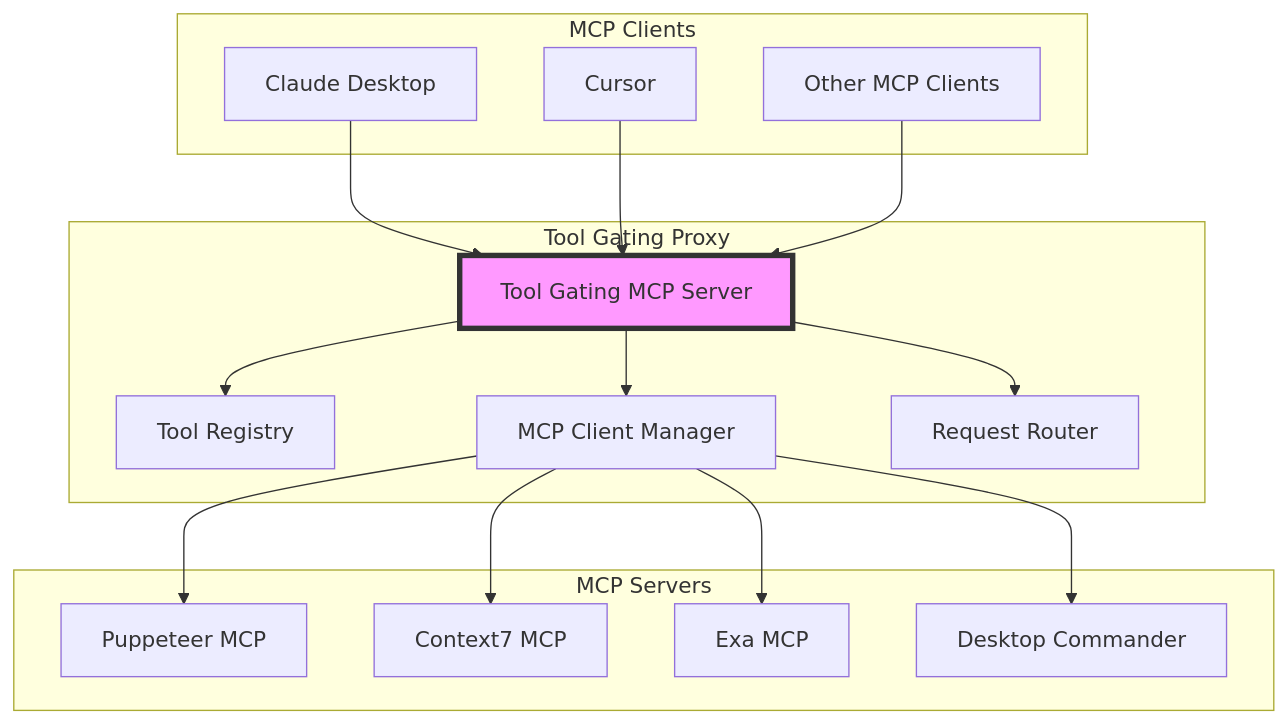
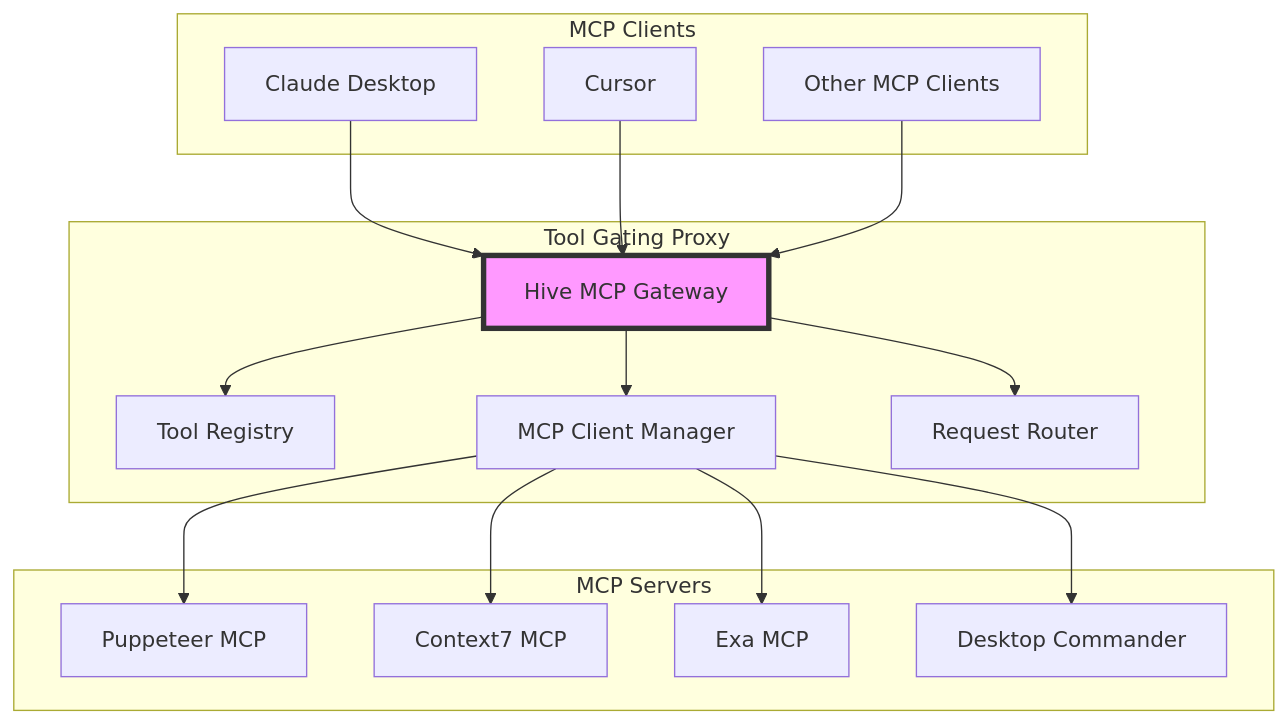
Before and after one commit to KHAEntertainment/hive-mcp-gateway: the diagram in docs/PROXY_ARCHITECTURE_PLAN.md, drawn with Mermaid. The commit also changed other lines of this file and 16 other files, not shown here.

````diff
--- a/docs/PROXY_ARCHITECTURE_PLAN.md
+++ b/docs/PROXY_ARCHITECTURE_PLAN.md
@@ -38,37 +38,37 @@
 ```mermaid
 graph TB
     subgraph "MCP Clients"
         A[Claude Desktop]
         B[Cursor]
         C[Other MCP Clients]
     end
     
     subgraph "Tool Gating Proxy"
-        D[Tool Gating MCP Server]
+        D[Hive MCP Gateway]
         E[Tool Registry]
         F[MCP Client Manager]
         G[Request Router]
     end
     
     subgraph "MCP Servers"
         H[Puppeteer MCP]
         I[Context7 MCP]
         J[Exa MCP]
         K[Desktop Commander]
     end
     
     A --> D
     B --> D
     C --> D
     
     D --> E
     D --> F
     D --> G
     
     F --> H
     F --> I
     F --> J
     F --> K
     
     style D fill:#f9f,stroke:#333,stroke-width:4px
 ```
````
